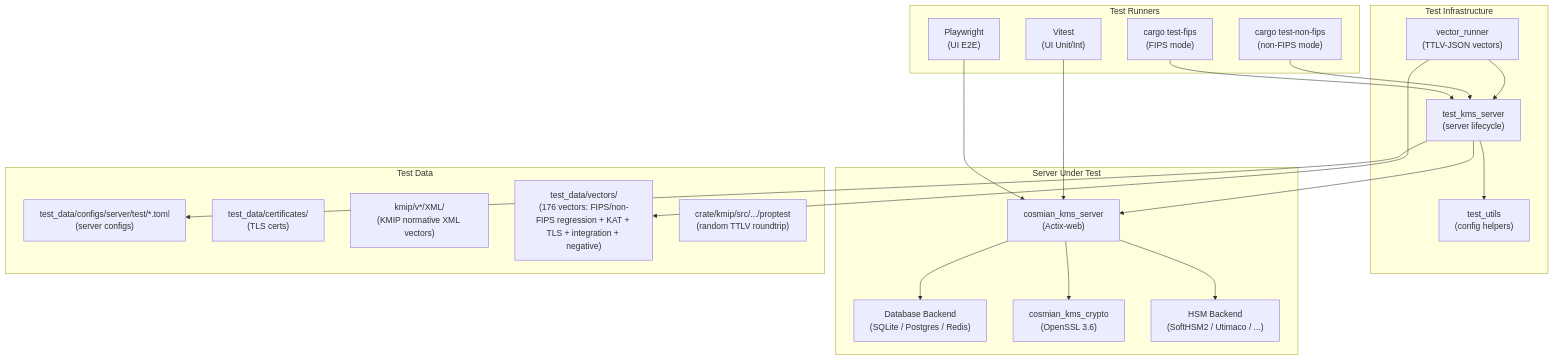
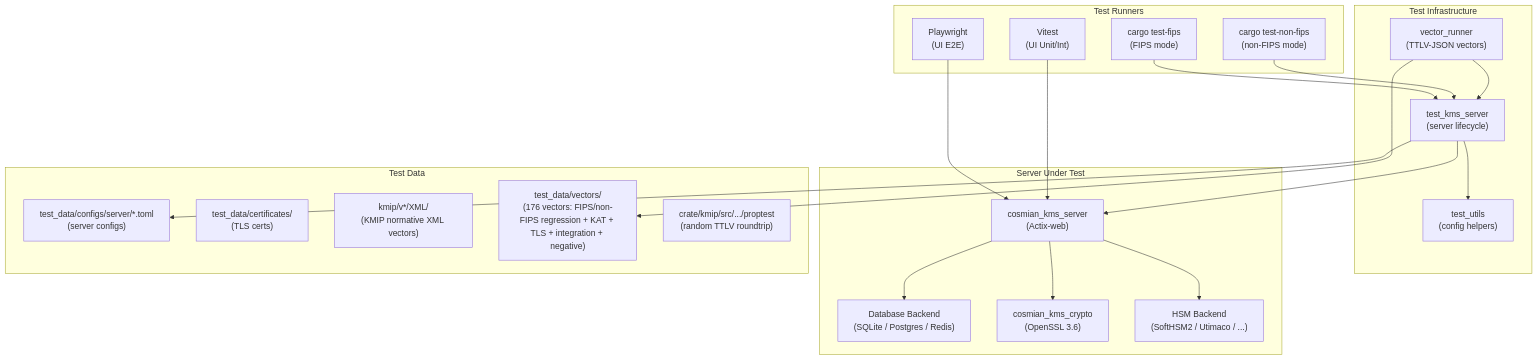
One commit to Cosmian/kms changed the first of 2 diagrams in TESTS.md. Above: the diagram before and after it, drawn with Mermaid. The commit also changed other lines of this file and 7 other files, not shown here.

First line of the commit message:
chore: flatten test_data configs and remove _doc.toml files

````diff
--- a/TESTS.md
+++ b/TESTS.md
@@ -9,43 +9,43 @@
 ```mermaid
 flowchart TD
     subgraph TestRunners["Test Runners"]
         CT["cargo test-fips\n(FIPS mode)"]
         CNF["cargo test-non-fips\n(non-FIPS mode)"]
         PW["Playwright\n(UI E2E)"]
         VT["Vitest\n(UI Unit/Int)"]
     end
 
     subgraph TestInfra["Test Infrastructure"]
         TKS["test_kms_server\n(server lifecycle)"]
         TU["test_utils\n(config helpers)"]
         TV["vector_runner\n(TTLV-JSON vectors)"]
     end
 
     subgraph ServerUnderTest["Server Under Test"]
         KMS["cosmian_kms_server\n(Actix-web)"]
         DB["Database Backend\n(SQLite / Postgres / Redis)"]
         CR["cosmian_kms_crypto\n(OpenSSL 3.6)"]
         HSM["HSM Backend\n(SoftHSM2 / Utimaco / ...)"]
     end
 
     subgraph TestData["Test Data"]
-        TOML["test_data/configs/server/test/*.toml\n(server configs)"]
+        TOML["test_data/configs/server/*.toml\n(server configs)"]
         CERT["test_data/certificates/\n(TLS certs)"]
         XML["kmip/v*/XML/\n(KMIP normative XML vectors)"]
         VEC["test_data/vectors/\n(176 vectors: FIPS/non-FIPS regression + KAT + TLS + integration + negative)"]
         PROP["crate/kmip/src/.../proptest\n(random TTLV roundtrip)"]
     end
 
     CT --> TKS
     CNF --> TKS
     TKS --> KMS
     TKS --> TU
     TV --> TKS
     KMS --> DB
     KMS --> CR
     KMS --> HSM
     TKS --> TOML
     TV --> VEC
     PW --> KMS
     VT --> KMS
 ```
````
